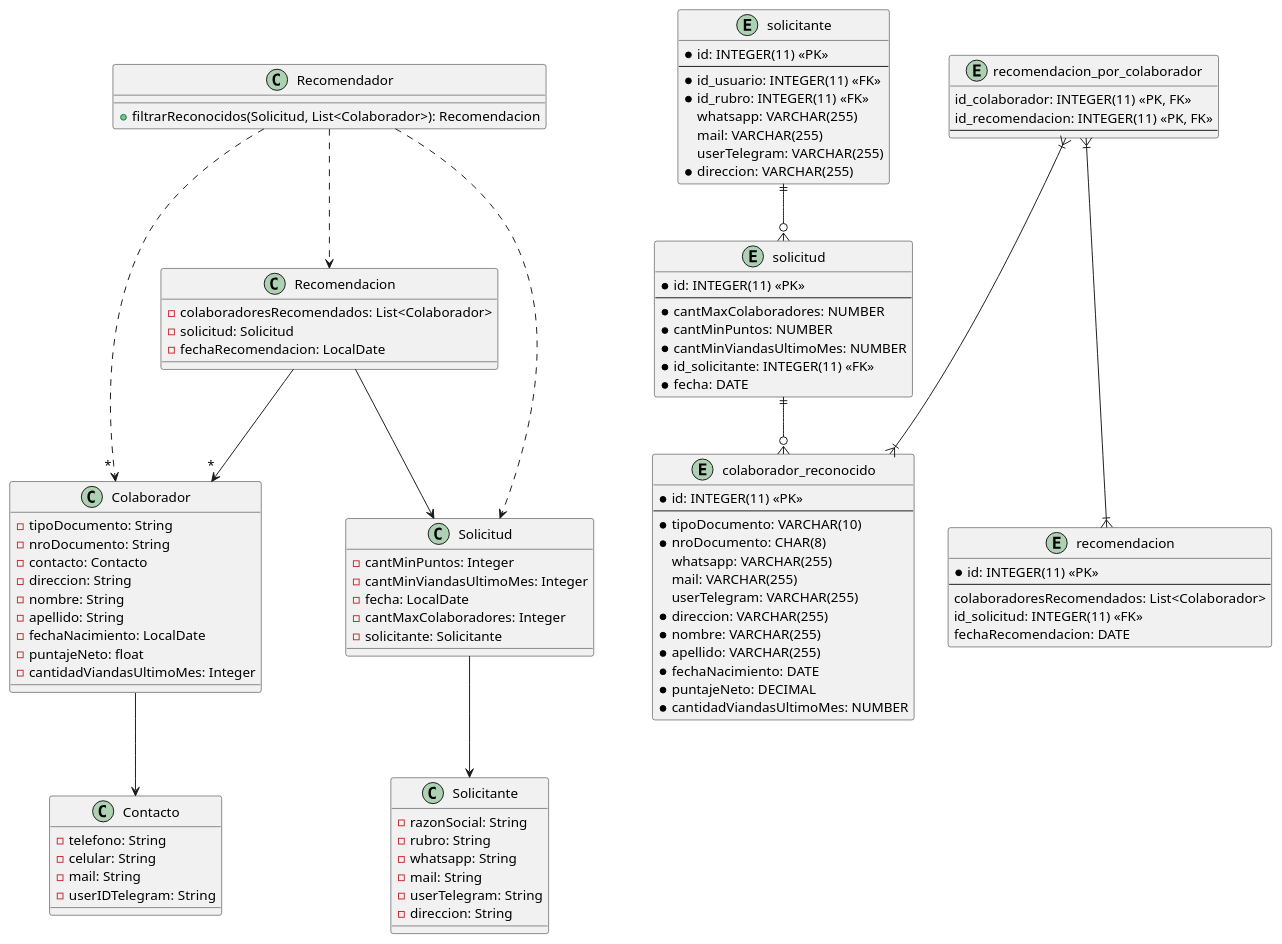
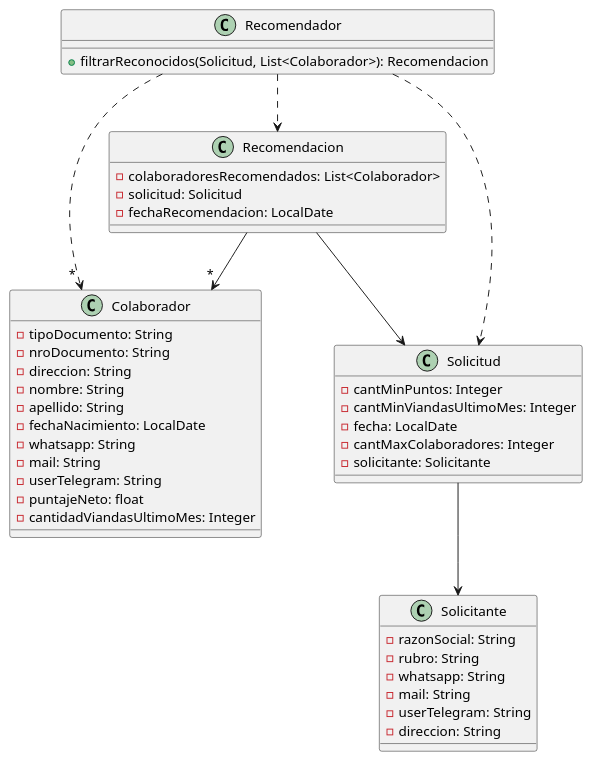
One commit to eitan-wajsberg/servicio-reconocimiento-extra changed the diagram in diagramas/diagramaDeClases.puml. Above: the diagram before and after it, drawn with PlantUML. The commit also changed 1 other file, not shown here.

Commit message:
diagramas: corrijo relaciones en entidad relación y quito clase contacto

```diff
--- a/diagramas/diagramaDeClases.puml
+++ b/diagramas/diagramaDeClases.puml
@@ -1,119 +1,53 @@
 @startuml diagramaDeClases
 
 class Colaborador {
  - tipoDocumento: String
  - nroDocumento: String
- - contacto: Contacto
  - direccion: String
  - nombre: String
  - apellido: String
  - fechaNacimiento: LocalDate
+ - whatsapp: String
+ - mail: String
+ - userTelegram: String
  - puntajeNeto: float
  - cantidadViandasUltimoMes: Integer
 }
-
-class Contacto {
- - telefono: String
- - celular: String
- - mail: String
- - userIDTelegram: String
-}
-
-Colaborador --> Contacto
 
 class Recomendador {
  + filtrarReconocidos(Solicitud, List<Colaborador>): Recomendacion
 }
 
 Recomendador ..> " * " Colaborador
 Recomendador ..> Solicitud
 Recomendador ..> Recomendacion
 
 class Recomendacion {
  - colaboradoresRecomendados: List<Colaborador>
  - solicitud: Solicitud
  - fechaRecomendacion: LocalDate
 }
 
 Recomendacion --> Solicitud
 Recomendacion --> " * " Colaborador
 
 class Solicitud {
  - cantMinPuntos: Integer
  - cantMinViandasUltimoMes: Integer
  - fecha: LocalDate
  - cantMaxColaboradores: Integer
  - solicitante: Solicitante 
 }
 
 class Solicitante {
  - razonSocial: String
  - rubro: String
  - whatsapp: String
  - mail: String
  - userTelegram: String
  - direccion: String
 }
 
 Solicitud --> Solicitante
 
-'-----------------------------------------------------------------------'
-
-entity colaborador_reconocido {
- * id: INTEGER(11) <<PK>>
- --
- * tipoDocumento: VARCHAR(10)
- * nroDocumento: CHAR(8)
- whatsapp: VARCHAR(255)
- mail: VARCHAR(255)
- userTelegram: VARCHAR(255)
- * direccion: VARCHAR(255)
- * nombre: VARCHAR(255)
- * apellido: VARCHAR(255)
- * fechaNacimiento: DATE
- * puntajeNeto: DECIMAL
- * cantidadViandasUltimoMes: NUMBER
-}
-
-entity solicitud {
- * id: INTEGER(11) <<PK>>
- --
- * cantMaxColaboradores: NUMBER
- * cantMinPuntos: NUMBER
- * cantMinViandasUltimoMes: NUMBER
- * id_solicitante: INTEGER(11) <<FK>>
- * fecha: DATE
-}
-
-entity solicitante {
- * id: INTEGER(11) <<PK>>
- --
- * id_usuario: INTEGER(11) <<FK>>
- * id_rubro: INTEGER(11) <<FK>>
- whatsapp: VARCHAR(255)
- mail: VARCHAR(255)
- userTelegram: VARCHAR(255)
- * direccion: VARCHAR(255)
-}
-
-entity recomendacion {
- * id: INTEGER(11) <<PK>>
- --
- colaboradoresRecomendados: List<Colaborador>
- id_solicitud: INTEGER(11) <<FK>>
- fechaRecomendacion: DATE
-}
-
-entity recomendacion_por_colaborador {
-    id_colaborador: INTEGER(11) <<PK, FK>> 
-    id_recomendacion: INTEGER(11) <<PK, FK>> 
-    --
-}
-
-recomendacion_por_colaborador }|---|{ colaborador_reconocido
-recomendacion_por_colaborador }|---|{ recomendacion
-
-solicitud   ||--o{ colaborador_reconocido
-solicitante ||--o{ solicitud
-
 @enduml
```
